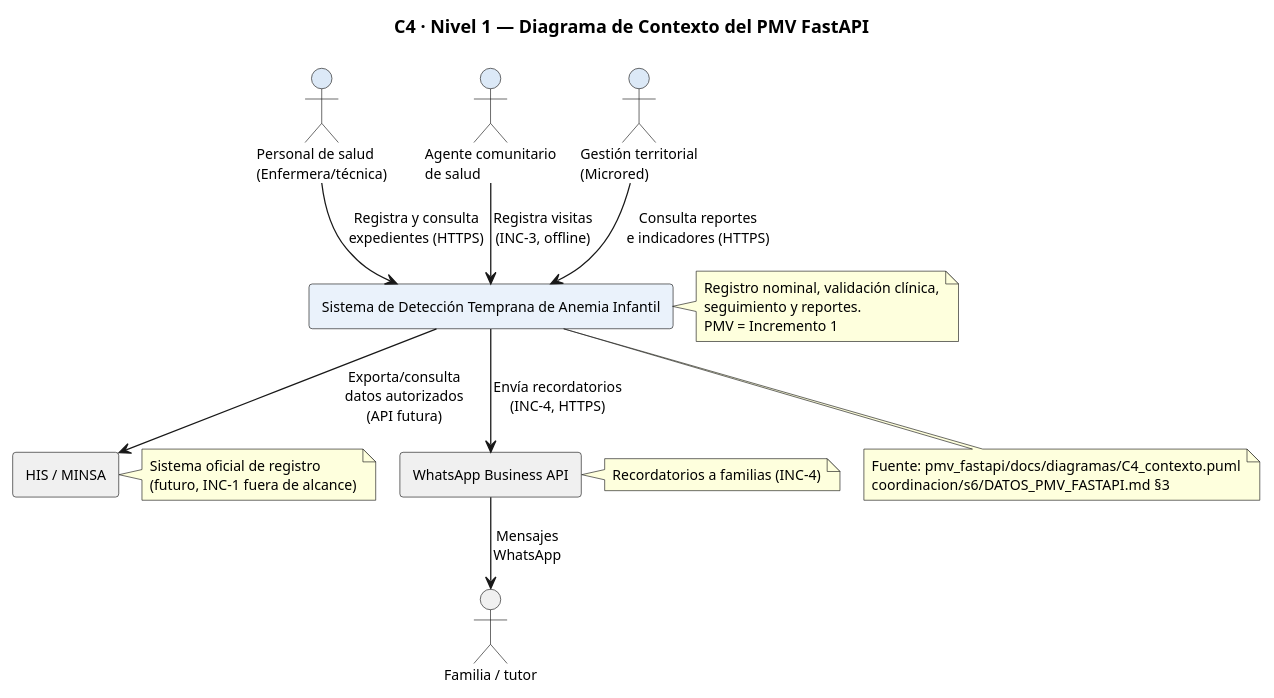
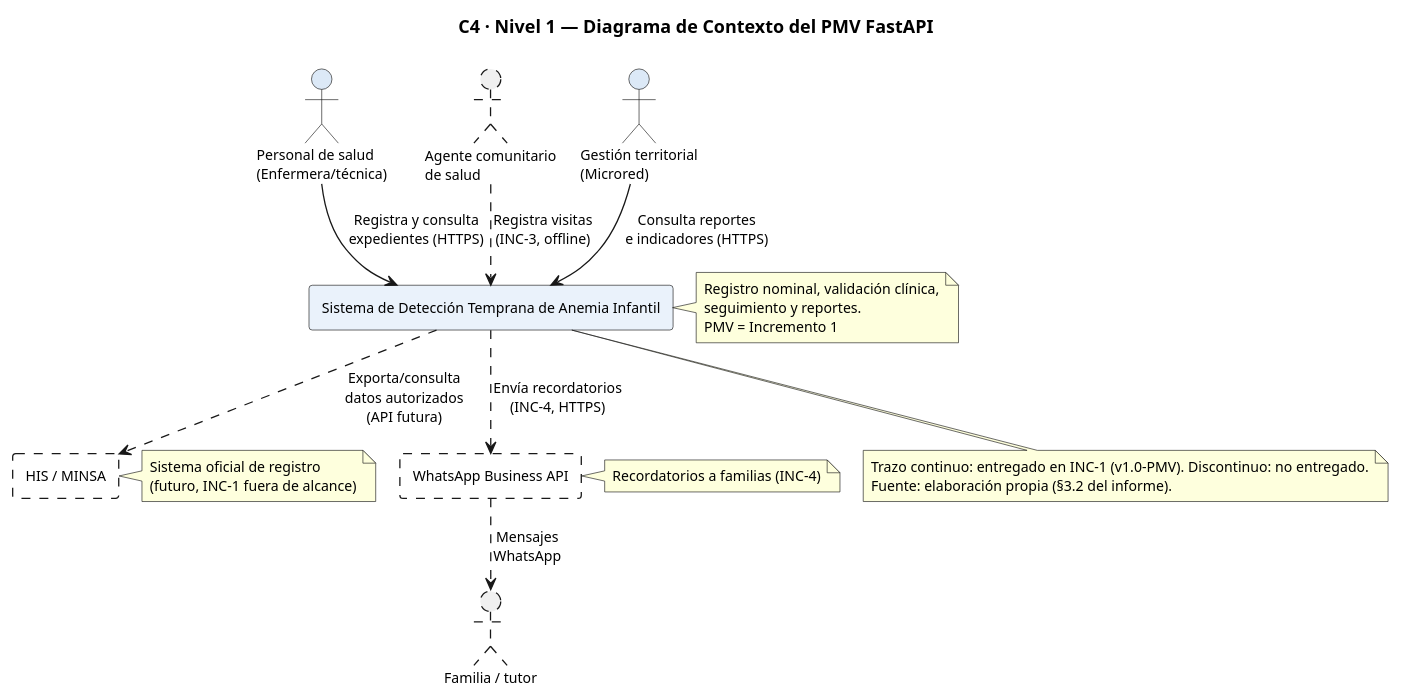
The diagram in diagramas/src/52_s6_c4_contexto_fastapi.puml (woshtsu/ProcesosSoftwareAnemia), drawn with PlantUML before and after one commit. The commit also changed 100 other files, not shown here.

```diff
--- a/diagramas/src/52_s6_c4_contexto_fastapi.puml
+++ b/diagramas/src/52_s6_c4_contexto_fastapi.puml
@@ -1,48 +1,48 @@
 @startuml 52_s6_c4_contexto_fastapi
 ' Fuente original: pmv_fastapi/docs/diagramas/C4_contexto.puml
 ' Adaptada a diagramas/src/ sin includes remotos
 !pragma layout smetana
 skinparam backgroundColor #FFFFFF
 skinparam defaultFontName "Arial"
 skinparam defaultFontSize 11
 
 title C4 · Nivel 1 — Diagrama de Contexto del PMV FastAPI
 
 actor "Personal de salud\n(Enfermera/técnica)" as enf #DCE9F7
-actor "Agente comunitario\nde salud" as acs #DCE9F7
+actor "Agente comunitario\nde salud" as acs #F0F0F0;line.dashed
 actor "Gestión territorial\n(Microred)" as mic #DCE9F7
 
 rectangle "Sistema de Detección Temprana de Anemia Infantil" as sis #EAF2FB
 note right of sis
   Registro nominal, validación clínica,
   seguimiento y reportes.
   PMV = Incremento 1
 end note
 
-rectangle "HIS / MINSA" as his #F0F0F0
+rectangle "HIS / MINSA" as his #FFFFFF;line.dashed
 note right of his
   Sistema oficial de registro
   (futuro, INC-1 fuera de alcance)
 end note
 
-rectangle "WhatsApp Business API" as wa #F0F0F0
+rectangle "WhatsApp Business API" as wa #FFFFFF;line.dashed
 note right of wa
   Recordatorios a familias (INC-4)
 end note
 
-actor "Familia / tutor" as fam #F0F0F0
+actor "Familia / tutor" as fam #F0F0F0;line.dashed
 
 enf --> sis : "Registra y consulta\nexpedientes (HTTPS)"
-acs --> sis : "Registra visitas\n(INC-3, offline)"
+acs -[dashed]-> sis : "Registra visitas\n(INC-3, offline)"
 mic --> sis : "Consulta reportes\ne indicadores (HTTPS)"
 
-sis --> his : "Exporta/consulta\ndatos autorizados\n(API futura)"
-sis --> wa : "Envía recordatorios\n(INC-4, HTTPS)"
-wa --> fam : "Mensajes\nWhatsApp"
+sis -[dashed]-> his : "Exporta/consulta\ndatos autorizados\n(API futura)"
+sis -[dashed]-> wa : "Envía recordatorios\n(INC-4, HTTPS)"
+wa -[dashed]-> fam : "Mensajes\nWhatsApp"
 
 note bottom of sis
-  Fuente: pmv_fastapi/docs/diagramas/C4_contexto.puml
-  coordinacion/s6/DATOS_PMV_FASTAPI.md §3
+  Trazo continuo: entregado en INC-1 (v1.0-PMV). Discontinuo: no entregado.
+  Fuente: elaboración propia (§3.2 del informe).
 end note
 
 @enduml
```
